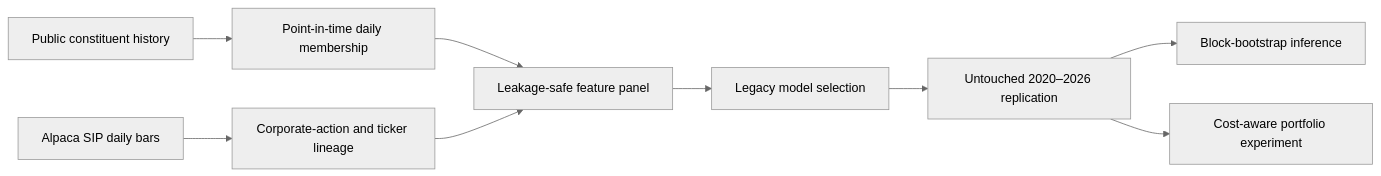
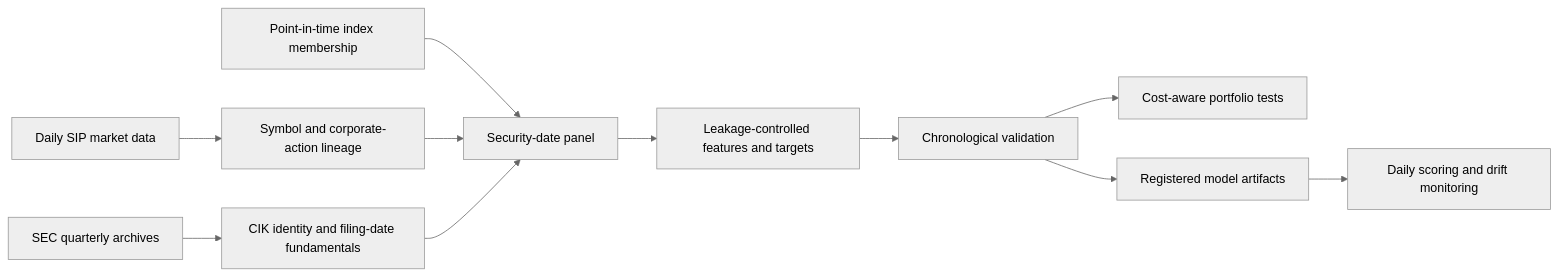
Before and after one commit to agalkova/point-in-time-equity-risk: the diagram in README.md, drawn with Mermaid (neutral theme). The commit also changed other lines of this file and 35 other files, not shown here.

Commit message:
Publish point-in-time equity risk research

````diff
--- a/README.md
+++ b/README.md
@@ -174,11 +44,13 @@
 ```mermaid
 flowchart LR
-    A[Public constituent history] --> B[Point-in-time daily membership]
-    C[Alpaca SIP daily bars] --> D[Corporate-action and ticker lineage]
-    B --> E[Leakage-safe feature panel]
-    D --> E
-    E --> F[Legacy model selection]
-    F --> G[Untouched 2020–2026 replication]
-    G --> H[Block-bootstrap inference]
-    G --> I[Cost-aware portfolio experiment]
+    A[Point-in-time index membership] --> D[Security-date panel]
+    B[Daily SIP market data] --> C[Symbol and corporate-action lineage]
+    C --> D
+    E[SEC quarterly archives] --> F[CIK identity and filing-date fundamentals]
+    F --> D
+    D --> G[Leakage-controlled features and targets]
+    G --> H[Chronological validation]
+    H --> I[Cost-aware portfolio tests]
+    H --> J[Registered model artifacts]
+    J --> K[Daily scoring and drift monitoring]
 ```
````
